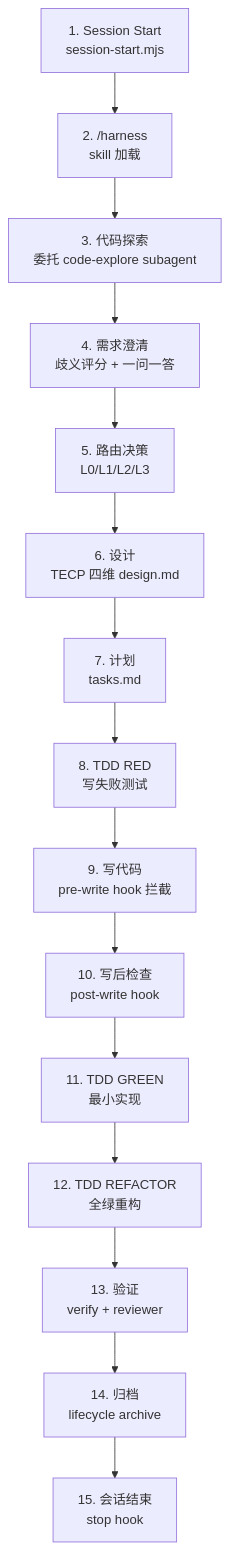
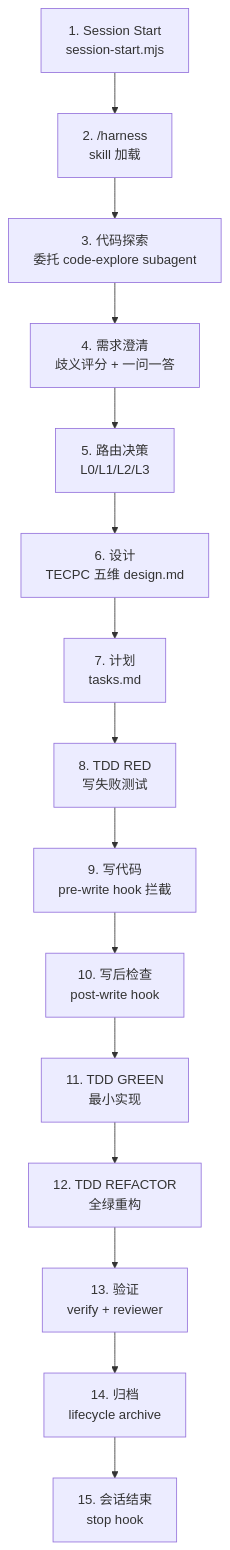
One commit to Emtemf/enterprise-harness changed the diagram in docs/zh-cn/full-lifecycle-truth.md. Above: the diagram before and after it, drawn with Mermaid. The commit also changed other lines of this file and 23 other files, not shown here.

````diff
--- a/docs/zh-cn/full-lifecycle-truth.md
+++ b/docs/zh-cn/full-lifecycle-truth.md
@@ -9,17 +9,17 @@
 ```mermaid
 graph TD
     A["1. Session Start<br/>session-start.mjs"] --> B["2. /harness<br/>skill 加载"]
     B --> C["3. 代码探索<br/>委托 code-explore subagent"]
     C --> D["4. 需求澄清<br/>歧义评分 + 一问一答"]
     D --> E["5. 路由决策<br/>L0/L1/L2/L3"]
-    E --> F["6. 设计<br/>TECP 四维 design.md"]
+    E --> F["6. 设计<br/>TECPC 五维 design.md"]
     F --> G["7. 计划<br/>tasks.md"]
     G --> H["8. TDD RED<br/>写失败测试"]
     H --> I["9. 写代码<br/>pre-write hook 拦截"]
     I --> J["10. 写后检查<br/>post-write hook"]
     J --> K["11. TDD GREEN<br/>最小实现"]
     K --> L["12. TDD REFACTOR<br/>全绿重构"]
     L --> M["13. 验证<br/>verify + reviewer"]
     M --> N["14. 归档<br/>lifecycle archive"]
     N --> O["15. 会话结束<br/>stop hook"]
 ```
````
